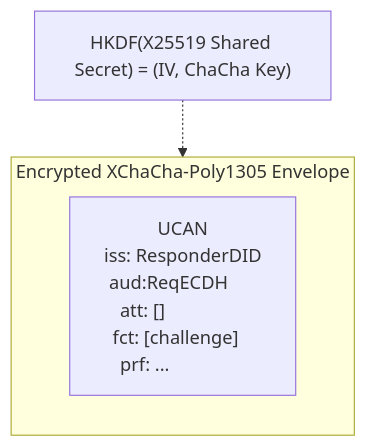
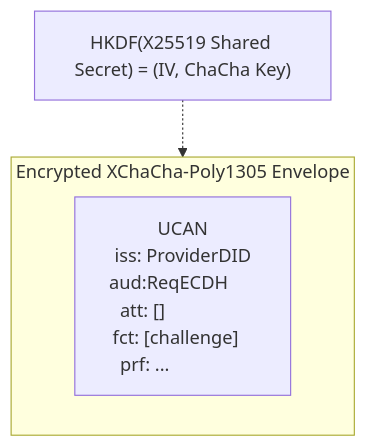
Before and after one commit to ucan-wg/awake: the fourth of 4 diagrams in README.md, drawn with Mermaid. The commit also changed other lines of this file, not shown here.

````diff
--- a/README.md
+++ b/README.md
@@ -246,16 +232,16 @@
 ``` mermaid
 flowchart TD
     XCC["HKDF(X25519 Shared Secret) = (IV, ChaCha Key)"]
 
     subgraph Env [Encrypted XChaCha-Poly1305 Envelope]
         ucan["UCAN
-            iss: ResponderDID
+            iss: ProviderDID
             aud:ReqECDH&nbsp;&nbsp;&nbsp;&nbsp;&nbsp;&nbsp;
             att: []&nbsp;&nbsp;&nbsp;&nbsp;&nbsp;&nbsp;&nbsp;&nbsp;&nbsp;&nbsp;&nbsp;&nbsp;&nbsp;&nbsp;&nbsp;&nbsp;&nbsp;
             fct: [challenge]&nbsp;&nbsp;&nbsp;
             prf: ...&nbsp;&nbsp;&nbsp;&nbsp;&nbsp;&nbsp;&nbsp;&nbsp;&nbsp;&nbsp;&nbsp;&nbsp;&nbsp;&nbsp;&nbsp;&nbsp;
         "]
     end
 
     XCC -.-> Env
 ```
````
